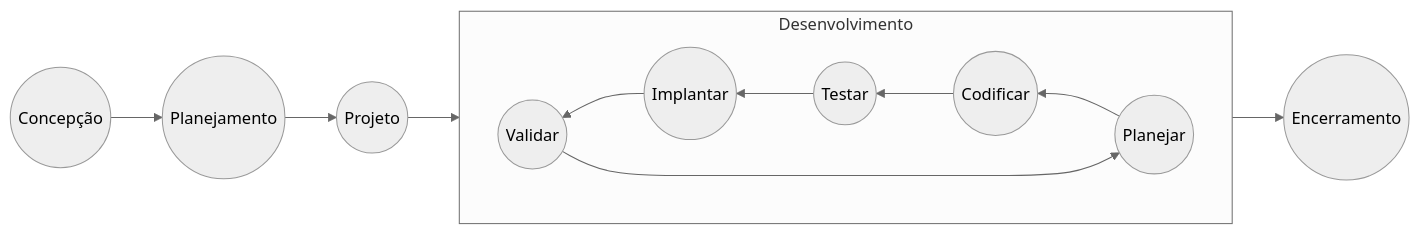
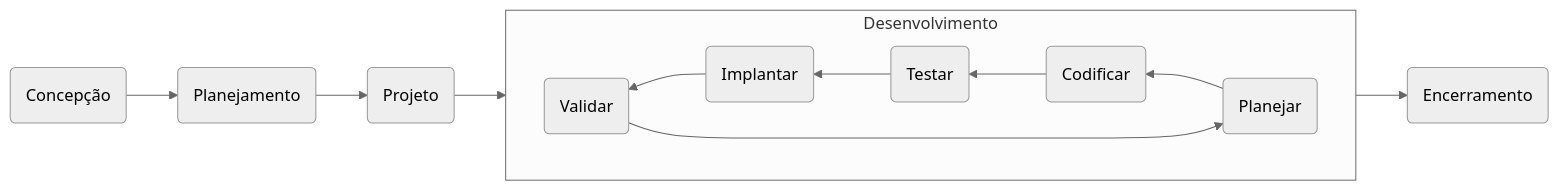
The first of 2 diagrams in README.md (mambee-ifpi-picos/processo-desenvolvimento-software-mambee), drawn with Mermaid (neutral theme) before and after one commit. The commit also changed other lines of this file, not shown here.

````diff
--- a/README.md
+++ b/README.md
@@ -79,15 +79,15 @@
 ```mermaid
 flowchart LR
-    A((Concepção)) --> B((Planejamento))
-    B --> C((Projeto))
+    A(Concepção) --> B(Planejamento)
+    B --> C(Projeto)
     subgraph Desenvolvimento
      direction RL
-     D((Planejar)) --> E((Codificar))
-     E --> F((Testar))
-     F --> G((Implantar))
-     G --> H((Validar))
+     D(Planejar) --> E(Codificar)
+     E --> F(Testar)
+     F --> G(Implantar)
+     G --> H(Validar)
      H --> D
     end
     C --> Desenvolvimento
-    Desenvolvimento --> I((Encerramento))
+    Desenvolvimento --> I(Encerramento)
 ```
````
